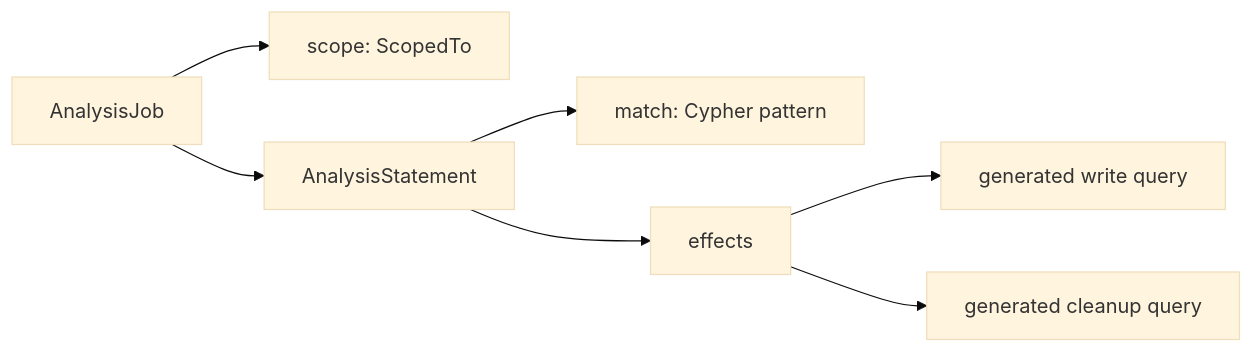
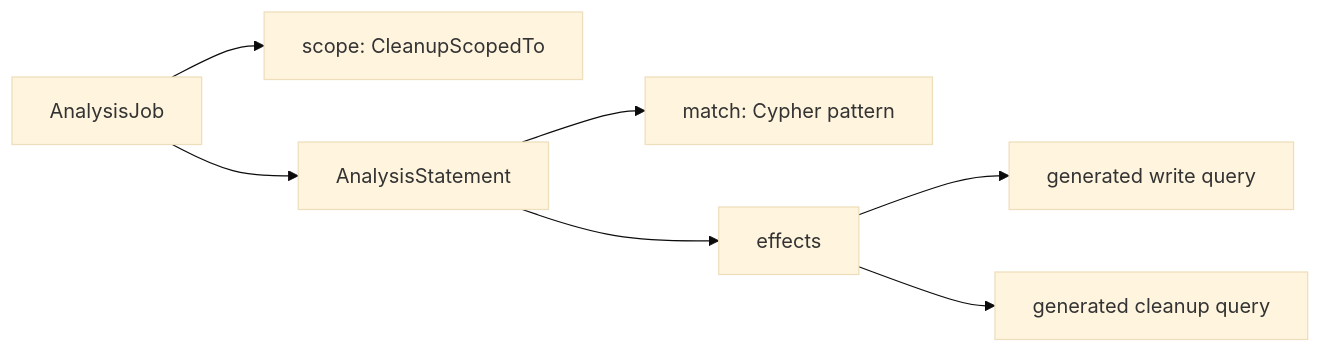
Before and after one commit to cartography-cncf/cartography: the diagram in docs/root/dev/writing-analysis-jobs.md, drawn with Mermaid (base theme). The commit also changed other lines of this file and 4 other files, not shown here.

````diff
--- a/docs/root/dev/writing-analysis-jobs.md
+++ b/docs/root/dev/writing-analysis-jobs.md
@@ -39,9 +39,9 @@
 ```mermaid
 flowchart LR
-    job["AnalysisJob"] --> scope["scope: ScopedTo"]
+    job["AnalysisJob"] --> scope["scope: CleanupScopedTo"]
     job --> stmt["AnalysisStatement"]
     stmt --> match["match: Cypher pattern"]
     stmt --> effects["effects"]
     effects --> write["generated write query"]
     effects --> cleanup["generated cleanup query"]
 ```
````
